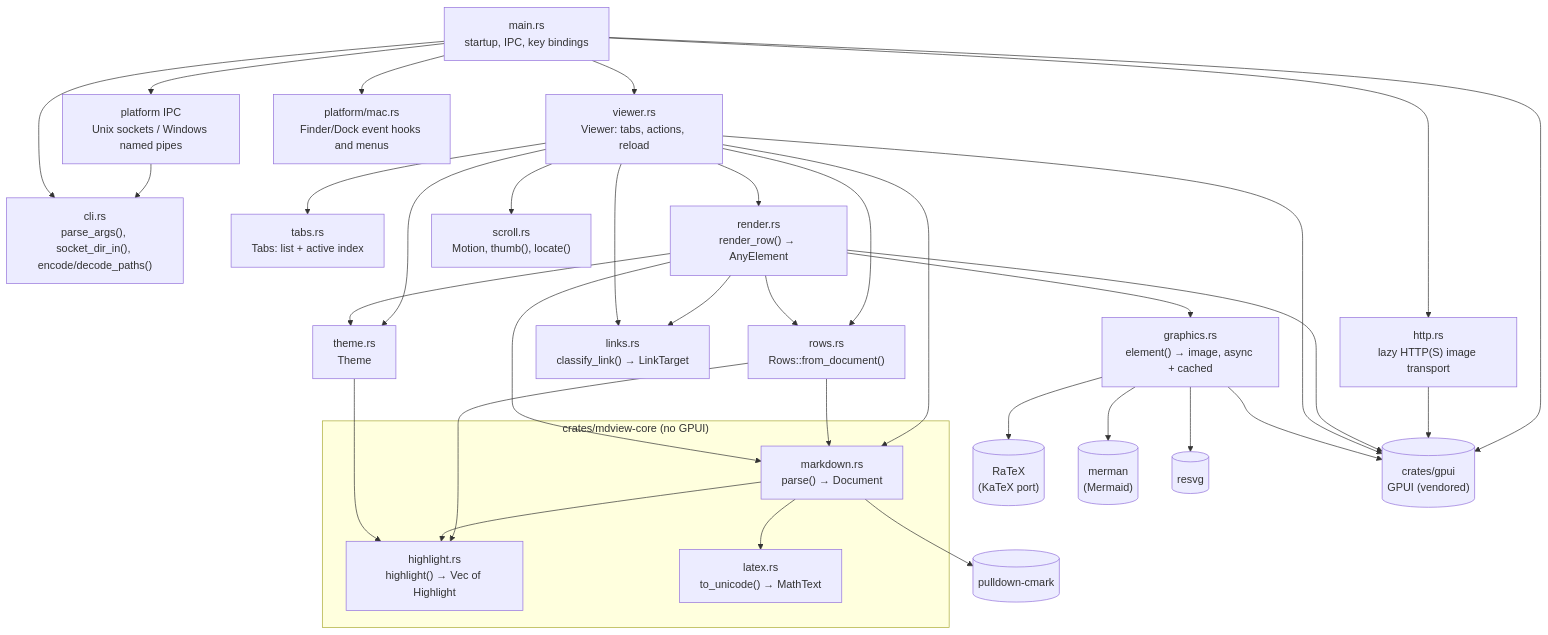
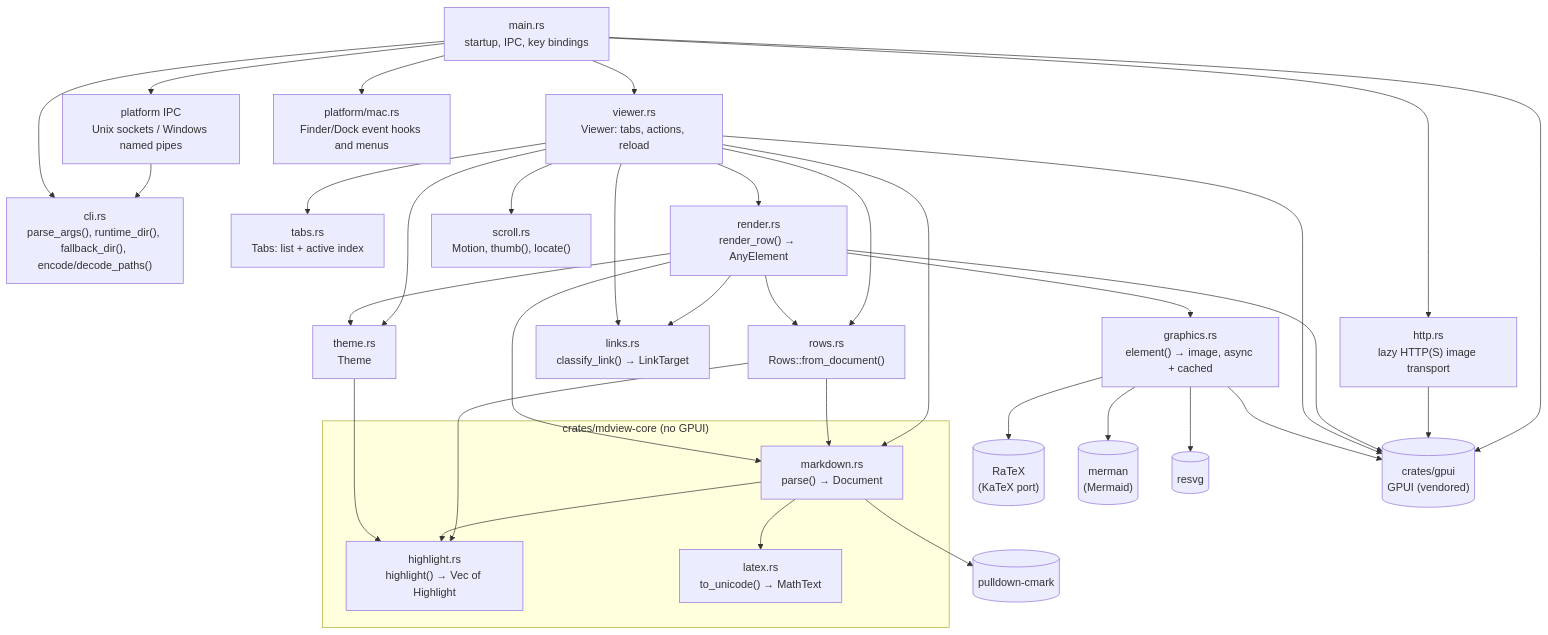
The first of 6 diagrams in docs/architecture.md (JorgeAgar/markdown-viewer-zed), drawn with Mermaid before and after one commit. The commit also changed other lines of this file and 8 other files, not shown here.

````diff
--- a/docs/architecture.md
+++ b/docs/architecture.md
@@ -33,59 +33,59 @@
 ```mermaid
 flowchart TD
     main["main.rs<br/>startup, IPC, key bindings"]
-    cli["cli.rs<br/>parse_args(), socket_dir_in(), encode/decode_paths()"]
+    cli["cli.rs<br/>parse_args(), runtime_dir(), fallback_dir(), encode/decode_paths()"]
     viewer["viewer.rs<br/>Viewer: tabs, actions, reload"]
     tabs["tabs.rs<br/>Tabs: list + active index"]
     subgraph core["crates/mdview-core (no GPUI)"]
         markdown["markdown.rs<br/>parse() → Document"]
         highlight["highlight.rs<br/>highlight() → Vec of Highlight"]
         latex["latex.rs<br/>to_unicode() → MathText"]
     end
     graphics["graphics.rs<br/>element() → image, async + cached"]
     ratex[("RaTeX<br/>(KaTeX port)")]
     merman[("merman<br/>(Mermaid)")]
     resvg[("resvg")]
     render["render.rs<br/>render_row() → AnyElement"]
     rows["rows.rs<br/>Rows::from_document()"]
     scroll["scroll.rs<br/>Motion, thumb(), locate()"]
     links["links.rs<br/>classify_link() → LinkTarget"]
     theme["theme.rs<br/>Theme"]
     gpui[("crates/gpui<br/>GPUI (vendored)")]
     cmark[("pulldown-cmark")]
 
     ipc["platform IPC<br/>Unix sockets / Windows named pipes"]
     mac["platform/mac.rs<br/>Finder/Dock event hooks and menus"]
     main --> mac
     main --> ipc
     ipc --> cli
     main --> cli
     main --> viewer
     viewer --> tabs
     main --> gpui
     viewer --> markdown
     viewer --> rows
     viewer --> scroll
     viewer --> render
     viewer --> theme
     rows --> markdown
     rows --> highlight
     render --> markdown
     render --> rows
     render --> theme
     render --> links
     viewer --> links
     http["http.rs<br/>lazy HTTP(S) image transport"]
     main --> http
     http --> gpui
     render --> gpui
     viewer --> gpui
     markdown --> cmark
     markdown --> highlight
     markdown --> latex
     theme --> highlight
     render --> graphics
     graphics --> ratex
     graphics --> merman
     graphics --> resvg
     graphics --> gpui
 ```
````
